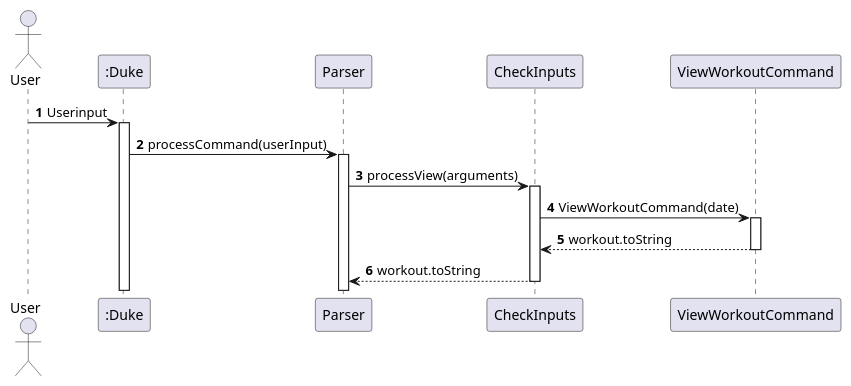
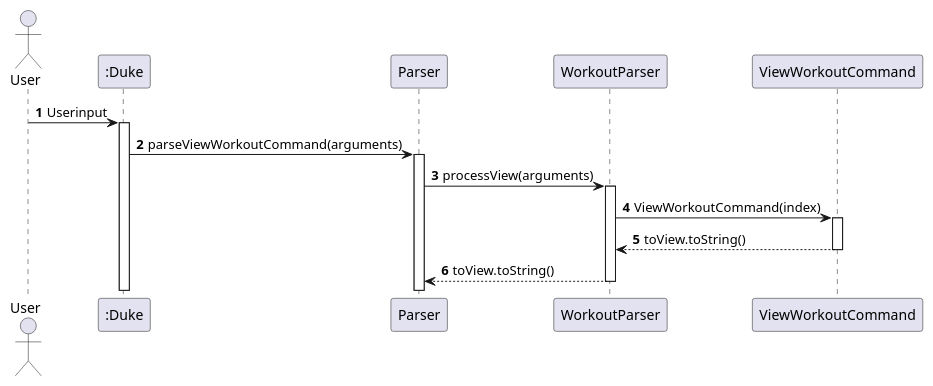
Before and after one commit to nus-cs2113-AY2223S2/tp: the diagram in docs/diagrams/ViewDiagram.puml, drawn with PlantUML. The commit also changed 2 other files, not shown here.

```diff
--- a/docs/diagrams/ViewDiagram.puml
+++ b/docs/diagrams/ViewDiagram.puml
@@ -1,18 +1,18 @@
 @startuml
 'https://plantuml.com/sequence-diagram
 
 autonumber
 actor User
 participant ":Duke" as Duke
 
 User -> Duke: Userinput
 activate Duke
-Duke -> Parser : processCommand(userInput)
+Duke -> Parser : parseViewWorkoutCommand(arguments)
 activate Parser
-Parser-> CheckInputs: processView(arguments)
-activate CheckInputs
-CheckInputs->ViewWorkoutCommand : ViewWorkoutCommand(date)
+Parser-> WorkoutParser: processView(arguments)
+activate WorkoutParser
+WorkoutParser->ViewWorkoutCommand : ViewWorkoutCommand(index)
 activate ViewWorkoutCommand
-return workout.toString
-return workout.toString
+return toView.toString()
+return toView.toString()
 @enduml
```
